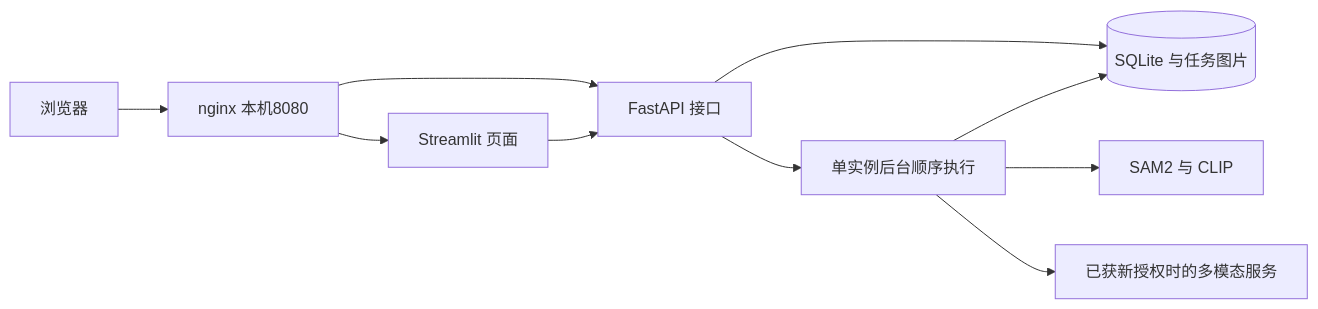
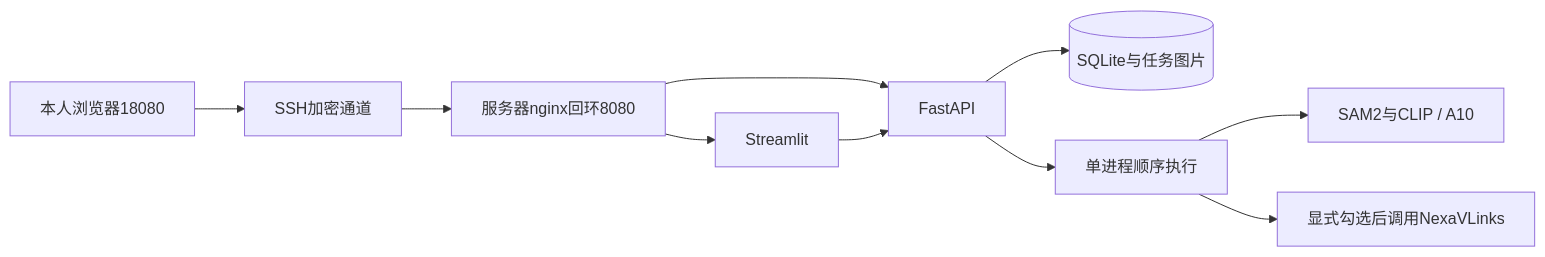
The diagram in docs/stage3/README.md (shenxiannanzhifu/garbage-vision), drawn with Mermaid before and after one commit. The commit also changed other lines of this file and 39 other files, not shown here.

````diff
--- a/docs/stage3/README.md
+++ b/docs/stage3/README.md
@@ -35,12 +26,12 @@
 ```mermaid
 flowchart LR
-    B[浏览器] --> N[nginx 本机8080]
-    N --> W[Streamlit 页面]
-    N --> A[FastAPI 接口]
+    B[本人浏览器18080] --> S[SSH加密通道]
+    S --> N[服务器nginx回环8080]
+    N --> W[Streamlit]
+    N --> A[FastAPI]
     W --> A
-    A --> D[(SQLite 与任务图片)]
-    A --> Q[单实例后台顺序执行]
-    Q --> L[SAM2 与 CLIP]
-    Q --> M[已获新授权时的多模态服务]
-    Q --> D
+    A --> D[(SQLite与任务图片)]
+    A --> Q[单进程顺序执行]
+    Q --> L[SAM2与CLIP / A10]
+    Q --> M[显式勾选后调用NexaVLinks]
 ```
````
